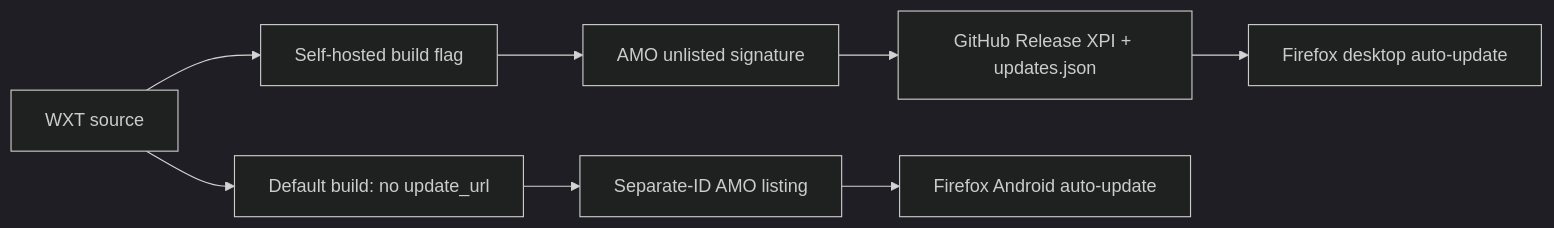
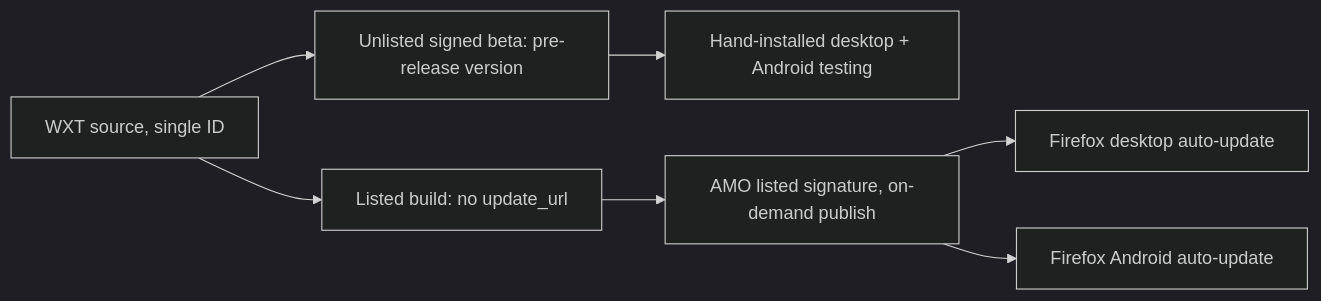
The tenth of 10 diagrams in docs/architecture/README.md (animeshkundu/youtube-audio), drawn with Mermaid (dark theme) before and after one commit. The commit also changed other lines of this file and 9 other files, not shown here.

First line of the commit message:
Docs: ADR-0006 AMO/beta distribution, history backfills, sync CLAUDE.md/AGENTS.md

````diff
--- a/docs/architecture/README.md
+++ b/docs/architecture/README.md
@@ -249,10 +249,9 @@
 ```mermaid
 flowchart LR
-    Source[WXT source] --> Default[Default build: no update_url]
-    Source --> SelfHosted[Self-hosted build flag]
-    SelfHosted --> Unlisted[AMO unlisted signature]
-    Unlisted --> Release[GitHub Release XPI + updates.json]
-    Release --> Desktop[Firefox desktop auto-update]
-    Default --> Listed[Separate-ID AMO listing]
-    Listed --> Android[Firefox Android auto-update]
+    Source[WXT source, single ID] --> Beta[Unlisted signed beta: pre-release version]
+    Source --> Prod[Listed build: no update_url]
+    Beta --> Install[Hand-installed desktop + Android testing]
+    Prod --> AMO[AMO listed signature, on-demand publish]
+    AMO --> Desktop[Firefox desktop auto-update]
+    AMO --> Android[Firefox Android auto-update]
 ```
````
